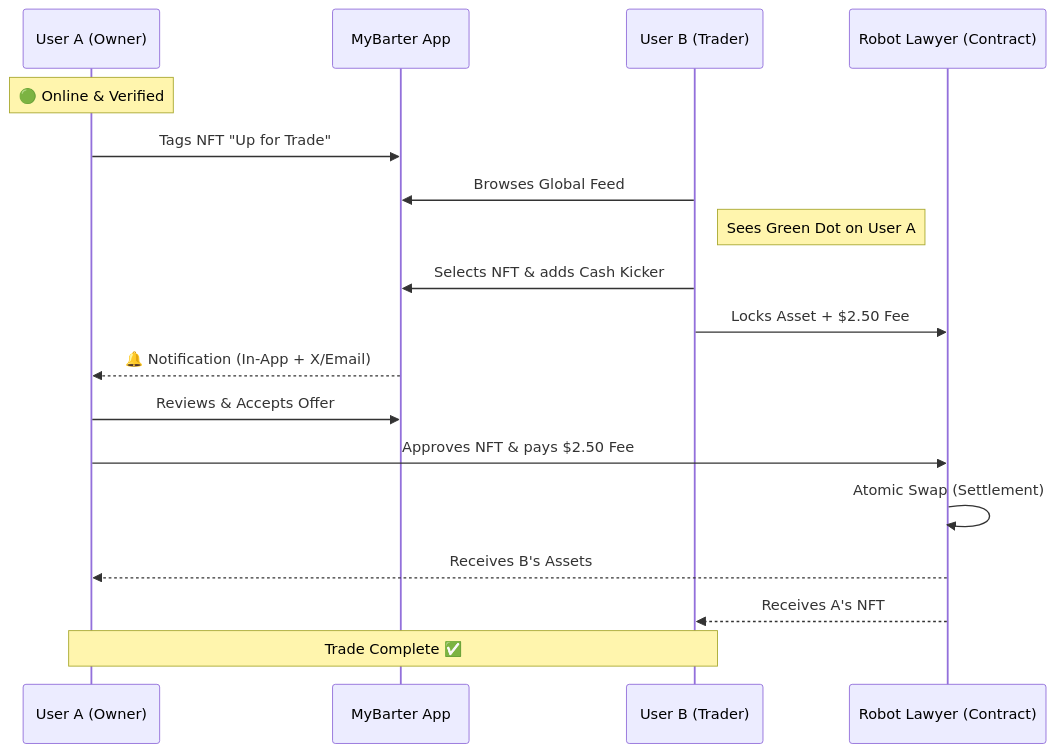
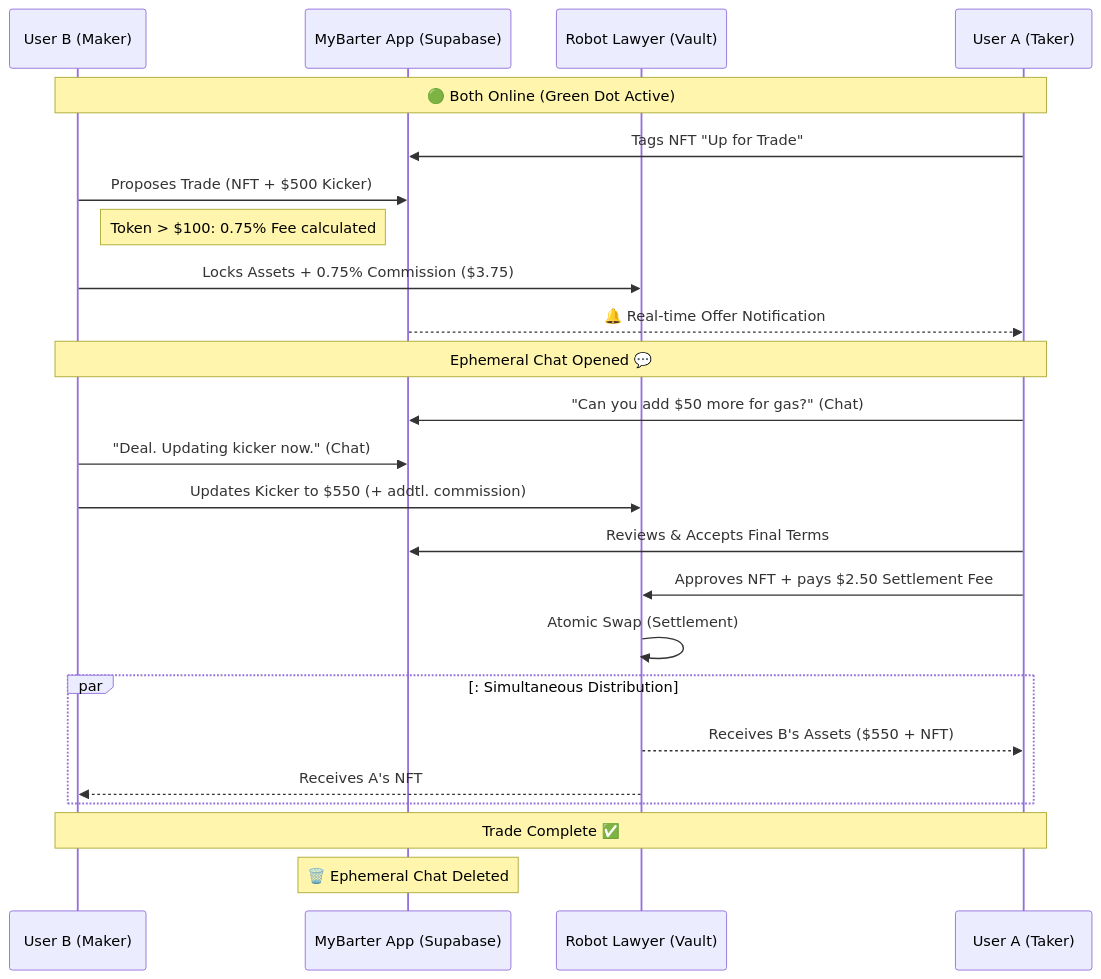
One commit to 0xpiweb/MyBarter changed the diagram in DOCS/USER_FLOW.md. Above: the diagram before and after it, drawn with Mermaid.

````diff
--- a/DOCS/USER_FLOW.md
+++ b/DOCS/USER_FLOW.md
@@ -2,21 +2,36 @@
 ```mermaid
 sequenceDiagram
-    participant A as User A (Owner)
-    participant APP as MyBarter App
-    participant B as User B (Trader)
-    participant RL as Robot Lawyer (Contract)
+    participant B as User B (Maker)
+    participant APP as MyBarter App (Supabase)
+    participant RL as Robot Lawyer (Vault)
+    participant A as User A (Taker)
 
-    Note over A: 🟢 Online & Verified
+    Note over A, B: 🟢 Both Online (Green Dot Active)
+    
     A->>APP: Tags NFT "Up for Trade"
-    B->>APP: Browses Global Feed
-    Note right of B: Sees Green Dot on User A
-    B->>APP: Selects NFT & adds Cash Kicker
-    B->>RL: Locks Asset + $2.50 Fee
-    APP-->>A: 🔔 Notification (In-App + X/Email)
-    A->>APP: Reviews & Accepts Offer
-    A->>RL: Approves NFT & pays $2.50 Fee
+    B->>APP: Proposes Trade (NFT + $500 Kicker)
+    
+    Note right of B: Token > $100: 0.75% Fee calculated
+    B->>RL: Locks Assets + 0.75% Commission ($3.75)
+    
+    APP-->>A: 🔔 Real-time Offer Notification
+    
+    Note over A, B: Ephemeral Chat Opened 💬
+    A->>APP: "Can you add $50 more for gas?" (Chat)
+    B->>APP: "Deal. Updating kicker now." (Chat)
+    
+    B->>RL: Updates Kicker to $550 (+ addtl. commission)
+    
+    A->>APP: Reviews & Accepts Final Terms
+    A->>RL: Approves NFT + pays $2.50 Settlement Fee
+    
     RL->>RL: Atomic Swap (Settlement)
-    RL-->>A: Receives B's Assets
-    RL-->>B: Receives A's NFT
-    Note over A,B: Trade Complete ✅
+    
+    PAR: Simultaneous Distribution
+        RL-->>A: Receives B's Assets ($550 + NFT)
+        RL-->>B: Receives A's NFT
+    END
+
+    Note over A, B: Trade Complete ✅
+    Note over APP: 🗑️ Ephemeral Chat Deleted
 ```
````
